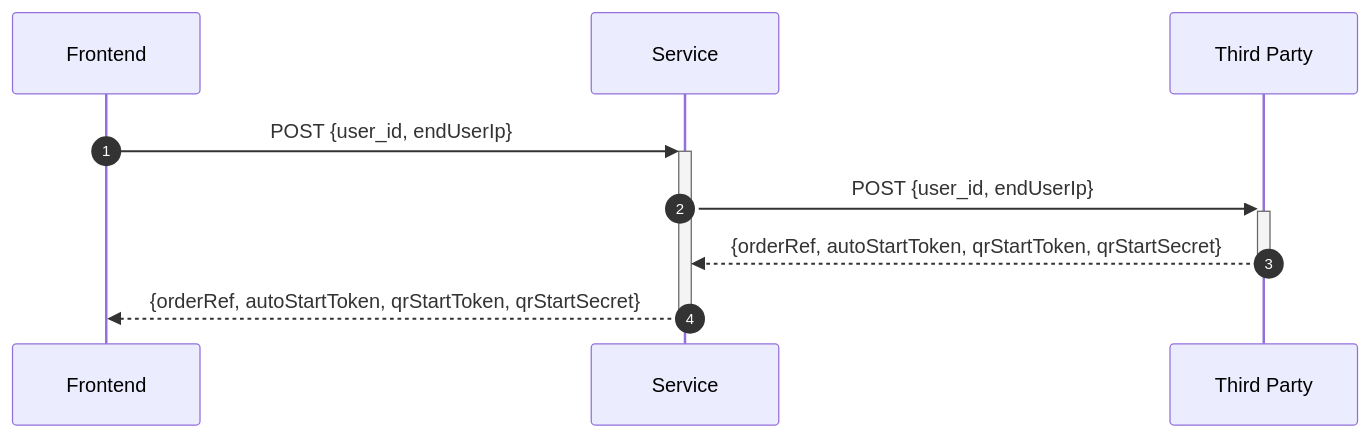
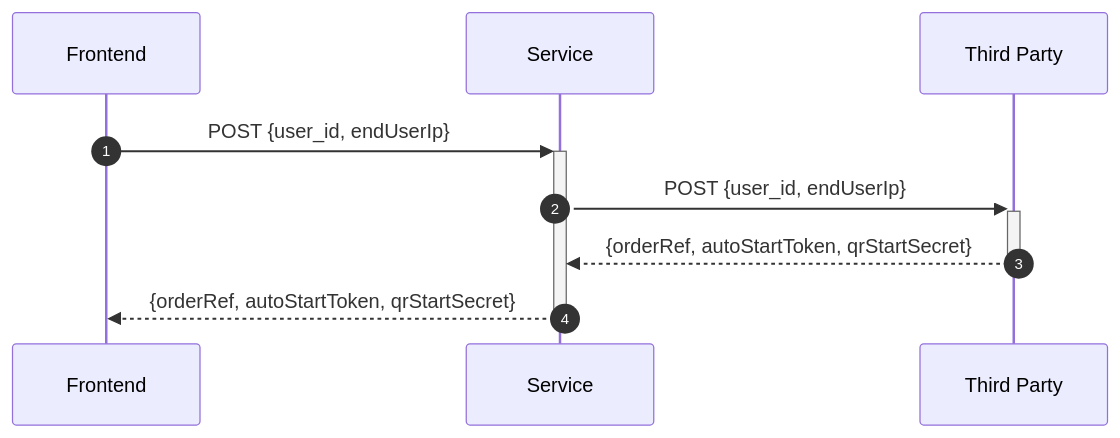
One commit to helsingborg-stad/readme.md changed the diagram in README.md. Above: the diagram before and after it, drawn with Mermaid. The commit also changed other lines of this file, not shown here.

Commit message:
docs: fix to much info in marmaid flow

````diff
--- a/README.md
+++ b/README.md
@@ -45,12 +45,12 @@
 ```mermaid
 sequenceDiagram
     autonumber
     participant Frontend
     participant Service
     participant Third Party
 
     Frontend->>+Service: POST {user_id, endUserIp}
     Service->>+Third Party: POST {user_id, endUserIp}
-    Third Party-->>-Service: {orderRef, autoStartToken, qrStartToken, qrStartSecret}
-    Service-->>-Frontend: {orderRef, autoStartToken, qrStartToken, qrStartSecret}
+    Third Party-->>-Service: {orderRef, autoStartToken, qrStartSecret}
+    Service-->>-Frontend: {orderRef, autoStartToken, qrStartSecret}
 ```
````
